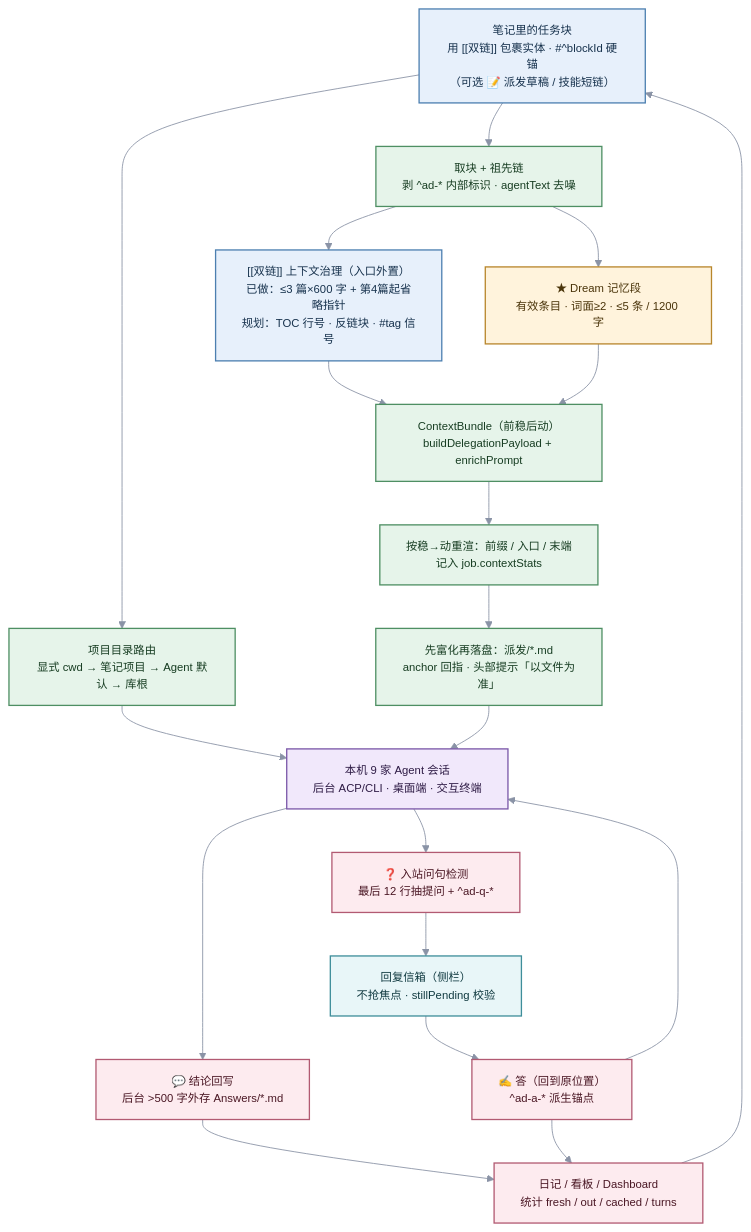
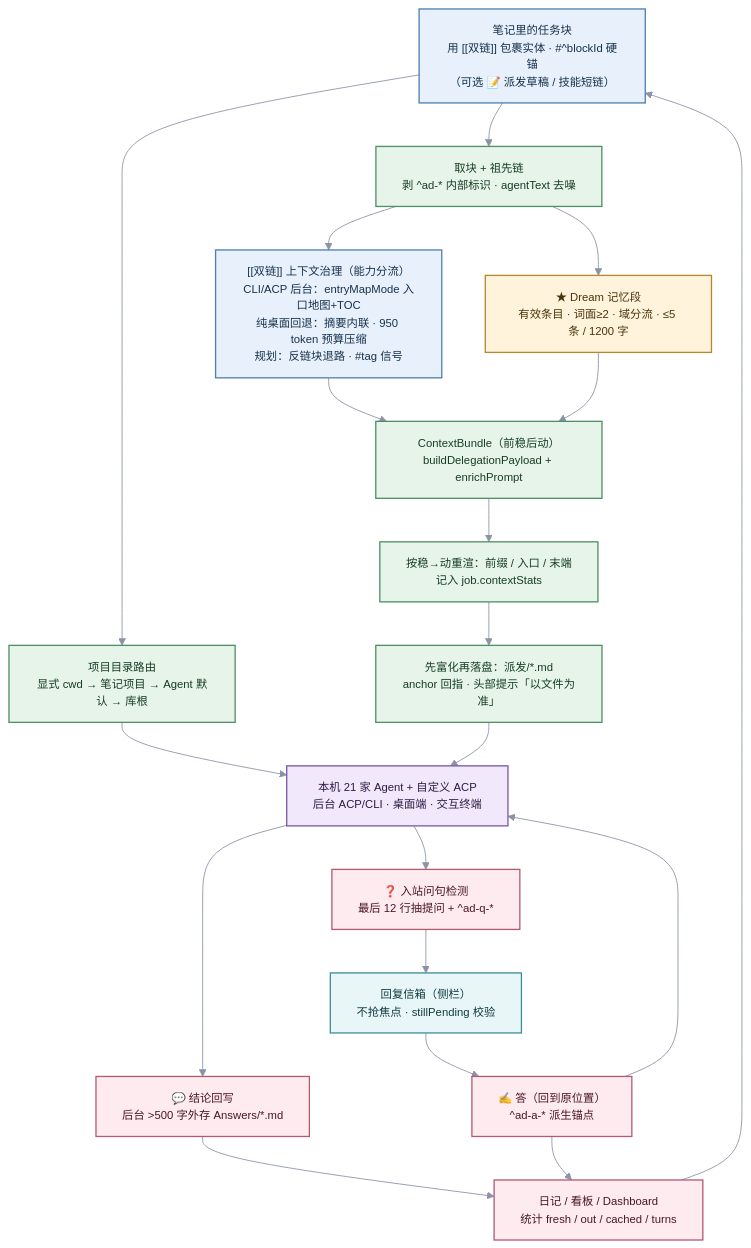
The first of 5 diagrams in docs/specs/information-flow.zh-CN.md (MatsuriMW/obsidian-agent-deck), drawn with Mermaid before and after one commit. The commit also changed other lines of this file and 90 other files, not shown here.

Commit message:
chore(release): 1.13.33 memory graph, Dream MCP settings, unified AI snapshot, mirror bridge & progress context

````diff
--- a/docs/specs/information-flow.zh-CN.md
+++ b/docs/specs/information-flow.zh-CN.md
@@ -13,33 +13,33 @@
 ```mermaid
 %%{init: {"theme":"base","themeVariables":{"fontSize":"13px","lineColor":"#8A93A6"}}}%%
 flowchart TB
   classDef note fill:#E7F0FB,stroke:#4C7FB0,color:#17324D,stroke-width:1.5px
   classDef plugin fill:#E6F4EA,stroke:#4E8F63,color:#173D22,stroke-width:1.5px
   classDef dream fill:#FFF3DC,stroke:#B8862B,color:#4A340A,stroke-width:1.5px
   classDef agent fill:#F1E8FB,stroke:#7A57A8,color:#2E1B45,stroke-width:1.5px
   classDef write fill:#FDEBEF,stroke:#B25A72,color:#4A1724,stroke-width:1.5px
   classDef inbox fill:#E8F6F8,stroke:#3E8E9A,color:#103A40,stroke-width:1.5px
 
   U["笔记里的任务块<br/>用 [[双链]] 包裹实体 · #^blockId 硬锚<br/>（可选 📝 派发草稿 / 技能短链）"]:::note
   DIR["项目目录路由<br/>显式 cwd → 笔记项目 → Agent 默认 → 库根"]:::plugin
   C["取块 + 祖先链<br/>剥 ^ad-* 内部标识 · agentText 去噪"]:::plugin
-  L["[[双链]] 上下文治理（入口外置）<br/>已做：≤3 篇×600 字 + 第4篇起省略指针<br/>规划：TOC 行号 · 反链块 · #tag 信号"]:::note
-  M["★ Dream 记忆段<br/>有效条目 · 词面≥2 · ≤5 条 / 1200 字"]:::dream
+  L["[[双链]] 上下文治理（能力分流）<br/>CLI/ACP 后台：entryMapMode 入口地图+TOC<br/>纯桌面回退：摘要内联 · 950 token 预算压缩<br/>规划：反链块退路 · #tag 信号"]:::note
+  M["★ Dream 记忆段<br/>有效条目 · 词面≥2 · 域分流 · ≤5 条 / 1200 字"]:::dream
   P["ContextBundle（前稳后动）<br/>buildDelegationPayload + enrichPrompt"]:::plugin
   E["按稳→动重渲：前缀 / 入口 / 末端<br/>记入 job.contextStats"]:::plugin
   F["先富化再落盘：派发/*.md<br/>anchor 回指 · 头部提示「以文件为准」"]:::plugin
-  A["本机 9 家 Agent 会话<br/>后台 ACP/CLI · 桌面端 · 交互终端"]:::agent
+  A["本机 21 家 Agent + 自定义 ACP<br/>后台 ACP/CLI · 桌面端 · 交互终端"]:::agent
   Q["💬 结论回写<br/>后台 >500 字外存 Answers/*.md"]:::write
   IQ["❓ 入站问句检测<br/>最后 12 行抽提问 + ^ad-q-*"]:::write
   IB["回复信箱（侧栏）<br/>不抢焦点 · stillPending 校验"]:::inbox
   ANS["✍️ 答（回到原位置）<br/>^ad-a-* 派生锚点"]:::write
   W["日记 / 看板 / Dashboard<br/>统计 fresh / out / cached / turns"]:::write
 
   U --> DIR --> A
   U --> C --> L --> P
   C --> M --> P
   P --> E --> F --> A
   A --> Q --> W --> U
   A --> IQ --> IB --> ANS --> A
   ANS --> W
 ```
````
